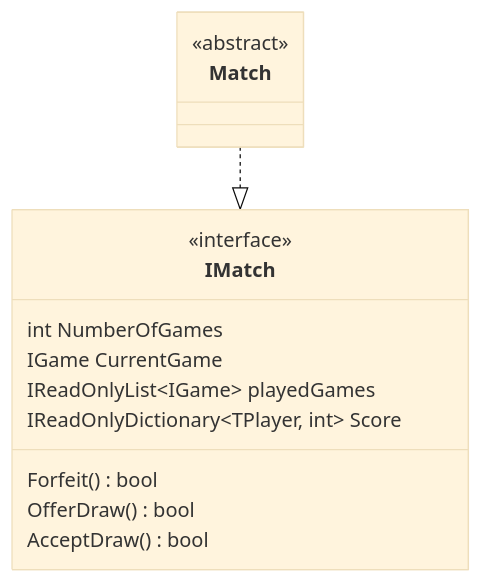
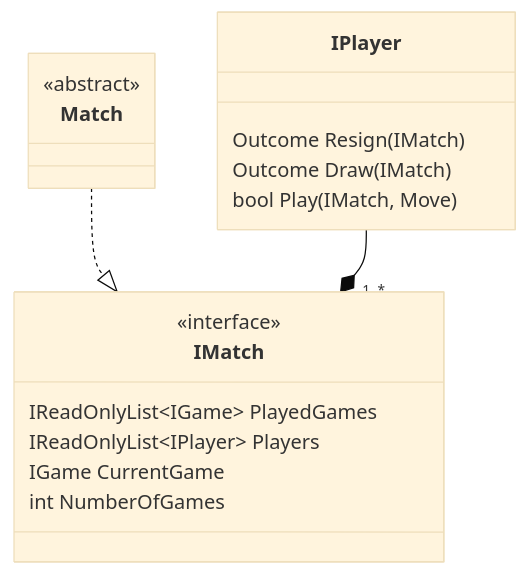
The diagram in docs/UML/Core/Match.md (JeanLColombo/Mate), drawn with Mermaid (base theme) before and after one commit. The commit also changed 2 other files, not shown here.

Commit message:
Implemented IPlayer

````diff
--- a/docs/UML/Core/Match.md
+++ b/docs/UML/Core/Match.md
@@ -6,17 +6,20 @@
 ```mermaid
     classDiagram
     class IMatch{
         <<interface>>
+        IReadOnlyList~IGame~ PlayedGames
+        IReadOnlyList~IPlayer~ Players 
+        IGame CurrentGame
         int NumberOfGames
-        IGame CurrentGame
-        IReadOnlyList~IGame~ playedGames
-        IReadOnlyDictionary~TPlayer, int~ Score 
-        Forfeit() bool
-        OfferDraw() bool
-        AcceptDraw() bool
     }
     class Match{
         <<abstract>>
     }
+    class IPlayer{
+        Outcome Resign(IMatch)
+        Outcome Draw(IMatch)
+        bool Play(IMatch, Move)
+    }
     Match ..|> IMatch
+    IPlayer --* "1..*" IMatch
 ```
````
